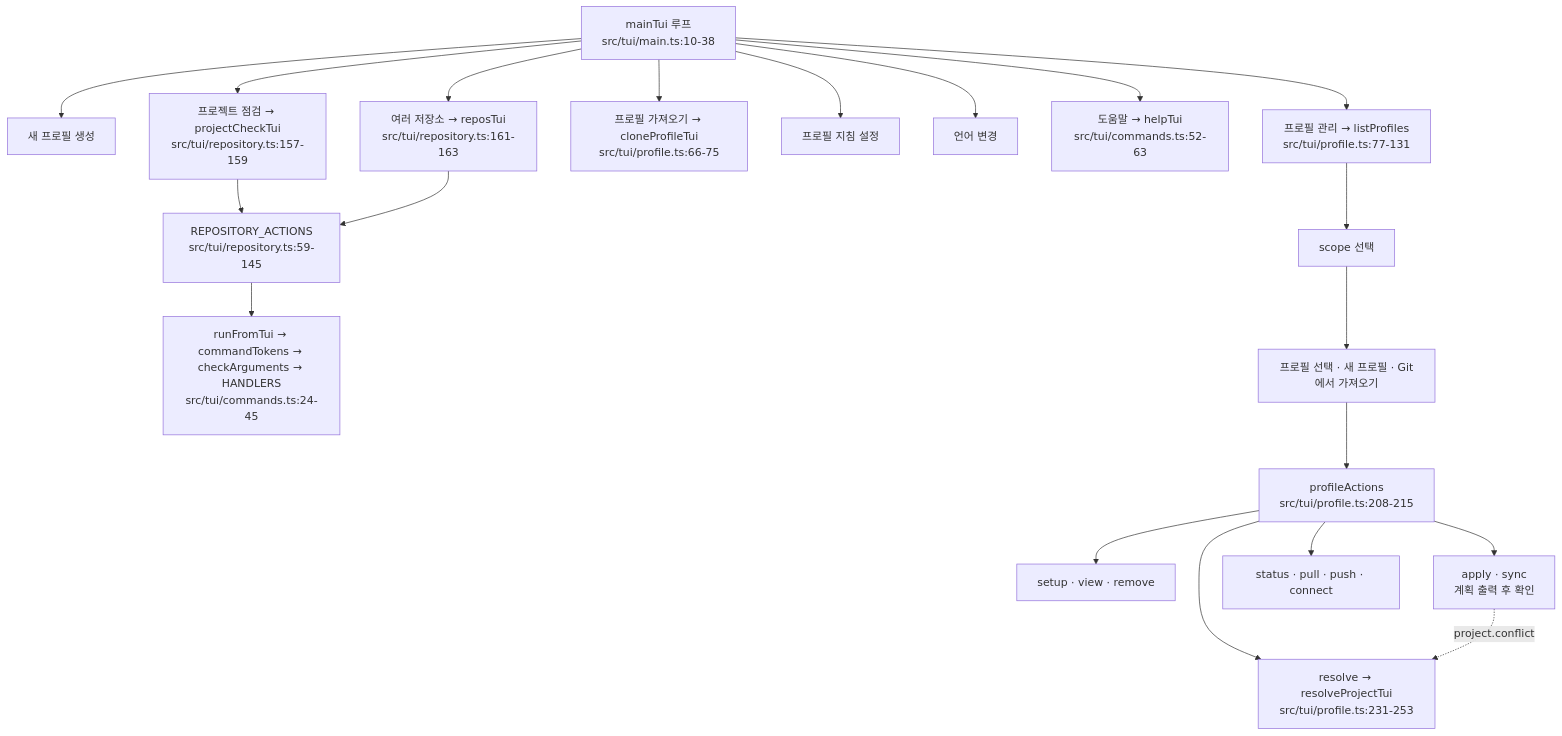
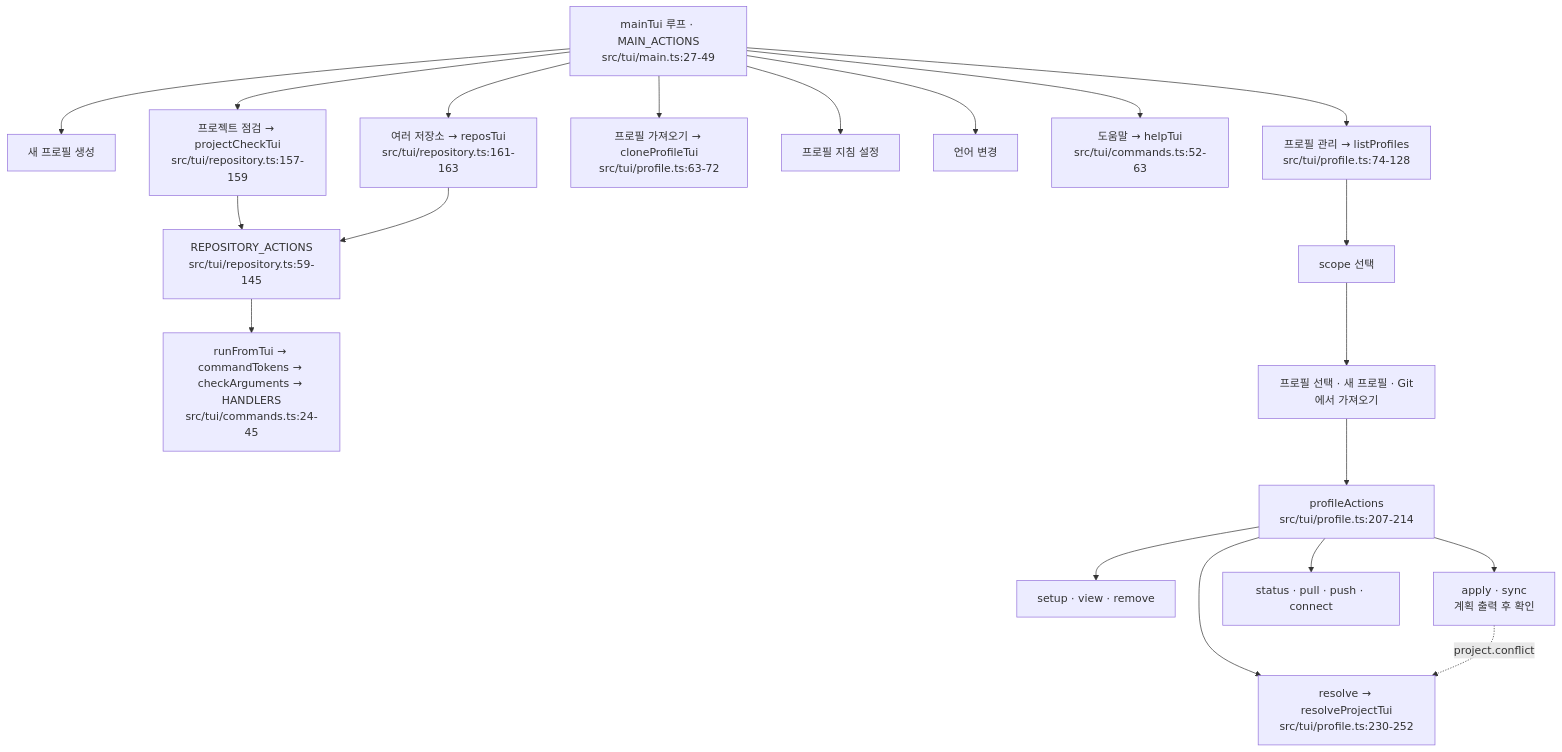
One commit to IsthisLee/agent-context-manager changed the seventh of 16 diagrams in docs/contributing/implementation-mechanics.md. Above: the diagram before and after it, drawn with Mermaid. The commit also changed other lines of this file and 30 other files, not shown here.

````diff
--- a/docs/contributing/implementation-mechanics.md
+++ b/docs/contributing/implementation-mechanics.md
@@ -412,22 +412,22 @@
 ```mermaid
 flowchart TD
-  M["mainTui 루프<br/>src/tui/main.ts:10-38"] --> C1["새 프로필 생성"]
+  M["mainTui 루프 · MAIN_ACTIONS<br/>src/tui/main.ts:27-49"] --> C1["새 프로필 생성"]
   M --> PC["프로젝트 점검 → projectCheckTui<br/>src/tui/repository.ts:157-159"]
   M --> RP["여러 저장소 → reposTui<br/>src/tui/repository.ts:161-163"]
-  M --> CL["프로필 가져오기 → cloneProfileTui<br/>src/tui/profile.ts:66-75"]
+  M --> CL["프로필 가져오기 → cloneProfileTui<br/>src/tui/profile.ts:63-72"]
   M --> C2["프로필 지침 설정"]
   M --> C3["언어 변경"]
   M --> C4["도움말 → helpTui<br/>src/tui/commands.ts:52-63"]
   PC --> RA["REPOSITORY_ACTIONS<br/>src/tui/repository.ts:59-145"]
   RP --> RA
   RA --> RUN["runFromTui → commandTokens → checkArguments → HANDLERS<br/>src/tui/commands.ts:24-45"]
-  M --> MG["프로필 관리 → listProfiles<br/>src/tui/profile.ts:77-131"]
+  M --> MG["프로필 관리 → listProfiles<br/>src/tui/profile.ts:74-128"]
   MG --> SC["scope 선택"]
   SC --> SEL["프로필 선택 · 새 프로필 · Git에서 가져오기"]
-  SEL --> ACT["profileActions<br/>src/tui/profile.ts:208-215"]
+  SEL --> ACT["profileActions<br/>src/tui/profile.ts:207-214"]
   ACT --> A1["setup · view · remove"]
   ACT --> A2["apply · sync<br/>계획 출력 후 확인"]
   ACT --> A4["status · pull · push · connect"]
-  ACT --> A3["resolve → resolveProjectTui<br/>src/tui/profile.ts:231-253"]
+  ACT --> A3["resolve → resolveProjectTui<br/>src/tui/profile.ts:230-252"]
   A2 -.->|"project.conflict"| A3
 ```
````
